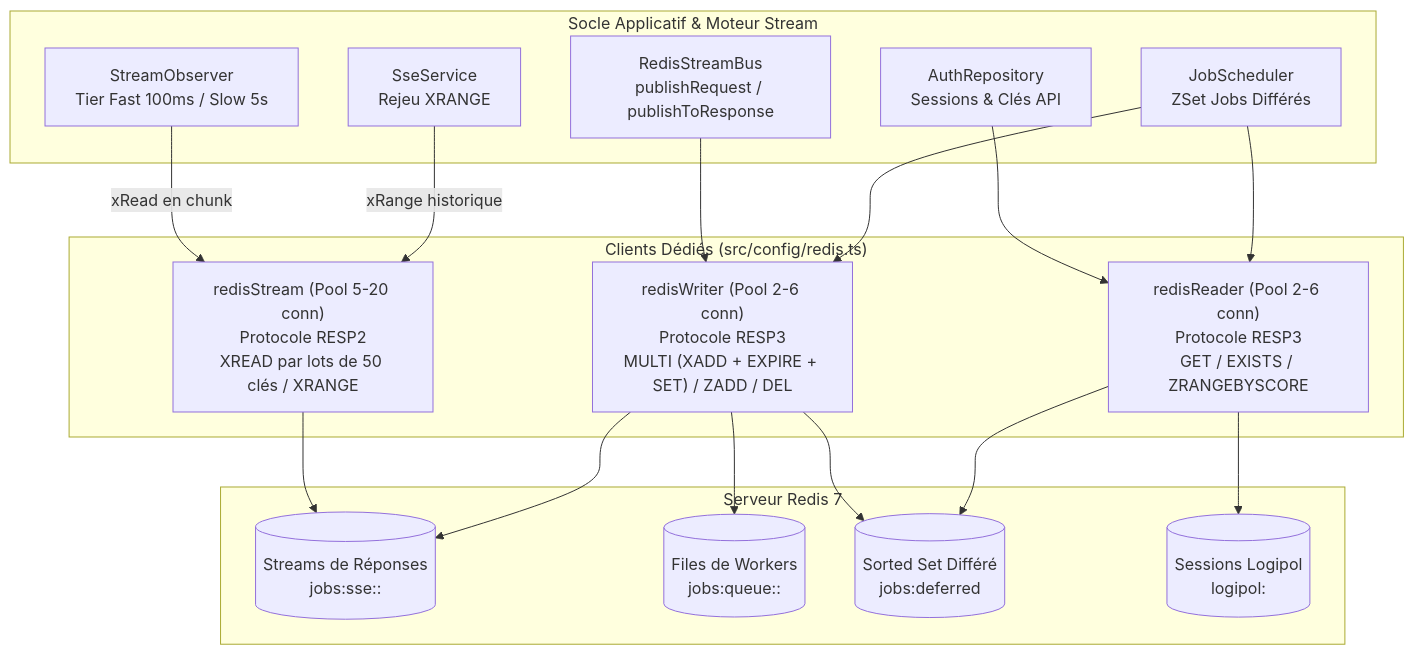
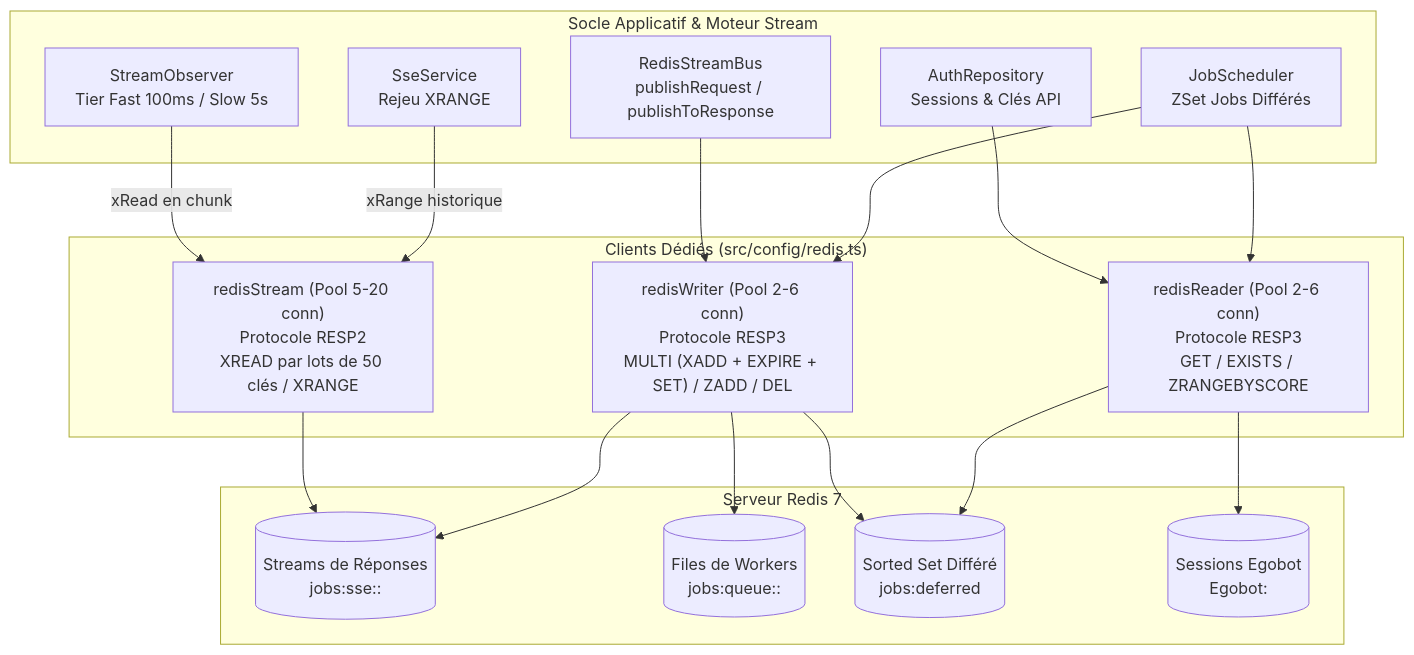
The diagram in apps/api/docs/08-infrastructure-pools-redis.md (Q300Z/EgoBot), drawn with Mermaid before and after one commit. The commit also changed other lines of this file and 32 other files, not shown here.

````diff
--- a/apps/api/docs/08-infrastructure-pools-redis.md
+++ b/apps/api/docs/08-infrastructure-pools-redis.md
@@ -11,37 +11,37 @@
 ```mermaid
 flowchart TB
     subgraph Core_Engine ["Socle Applicatif & Moteur Stream"]
         Observer[StreamObserver<br>Tier Fast 100ms / Slow 5s]
         SSESrv[SseService<br>Rejeu XRANGE]
         StreamBus[RedisStreamBus<br>publishRequest / publishToResponse]
         AuthRepo[AuthRepository<br>Sessions & Clés API]
         JobSched[JobScheduler<br>ZSet Jobs Différés]
     end
 
     subgraph Redis_Pools ["Clients Dédiés (src/config/redis.ts)"]
         StreamPool["redisStream (Pool 5-20 conn)<br>Protocole RESP2<br>XREAD par lots de 50 clés / XRANGE"]
         ReaderPool["redisReader (Pool 2-6 conn)<br>Protocole RESP3<br>GET / EXISTS / ZRANGEBYSCORE"]
         WriterPool["redisWriter (Pool 2-6 conn)<br>Protocole RESP3<br>MULTI (XADD + EXPIRE + SET) / ZADD / DEL"]
     end
 
     subgraph Redis_Server ["Serveur Redis 7"]
         StreamKeys[("Streams de Réponses<br>jobs:sse:<env>:<id>")]
         QueueKeys[("Files de Workers<br>jobs:queue:<env>:<workerType>")]
         DeferredKeys[("Sorted Set Différé<br>jobs:deferred")]
-        SessionKeys[("Sessions Logipol<br>logipol:<userId>")]
+        SessionKeys[("Sessions Egobot<br>Egobot:<userId>")]
     end
 
     Observer -->|xRead en chunk| StreamPool
     SSESrv -->|xRange historique| StreamPool
     AuthRepo --> ReaderPool
     JobSched --> ReaderPool
     StreamBus --> WriterPool
     JobSched --> WriterPool
 
     StreamPool --> StreamKeys
     WriterPool --> QueueKeys
     WriterPool --> StreamKeys
     WriterPool --> DeferredKeys
     ReaderPool --> SessionKeys
     ReaderPool --> DeferredKeys
 ```
````
